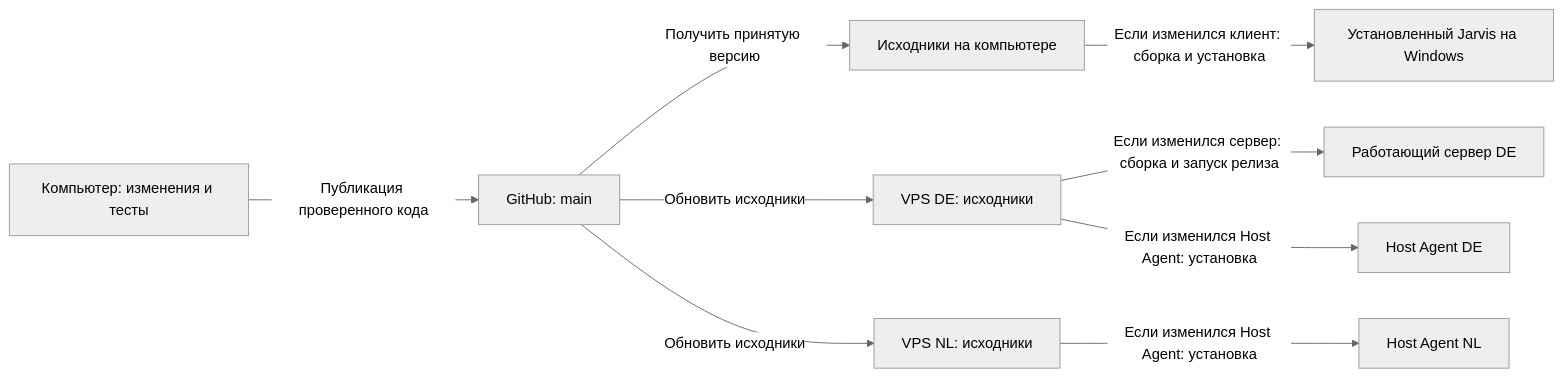
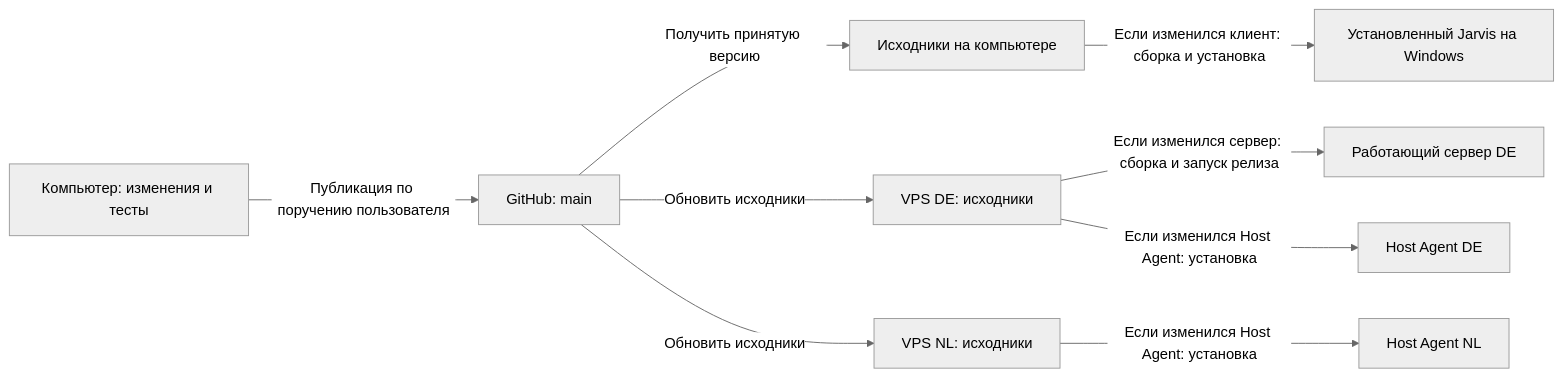
One commit to godforg1veme/Jarvis changed the second of 3 diagrams in docs/release-workflow.md. Above: the diagram before and after it, drawn with Mermaid (neutral theme). The commit also changed other lines of this file and 2 other files, not shown here.

````diff
--- a/docs/release-workflow.md
+++ b/docs/release-workflow.md
@@ -19,11 +70,11 @@
 ```mermaid
 flowchart LR
-    W["Компьютер: изменения и тесты"] -->|"Публикация проверенного кода"| GH["GitHub: main"]
+    W["Компьютер: изменения и тесты"] -->|"Публикация по поручению пользователя"| GH["GitHub: main"]
     GH -->|"Получить принятую версию"| WS["Исходники на компьютере"]
     GH -->|"Обновить исходники"| DE["VPS DE: исходники"]
     GH -->|"Обновить исходники"| NL["VPS NL: исходники"]
     WS -->|"Если изменился клиент: сборка и установка"| APP["Установленный Jarvis на Windows"]
     DE -->|"Если изменился сервер: сборка и запуск релиза"| SERVER["Работающий сервер DE"]
     DE -->|"Если изменился Host Agent: установка"| DA["Host Agent DE"]
     NL -->|"Если изменился Host Agent: установка"| NA["Host Agent NL"]
 ```
````
